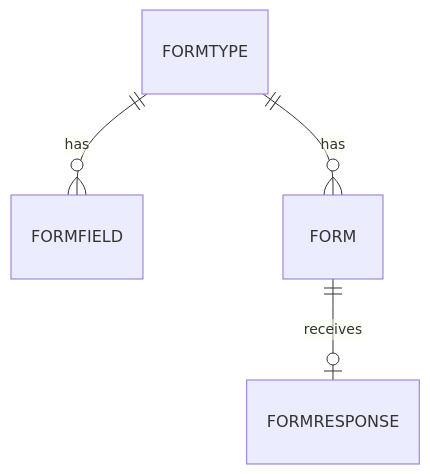
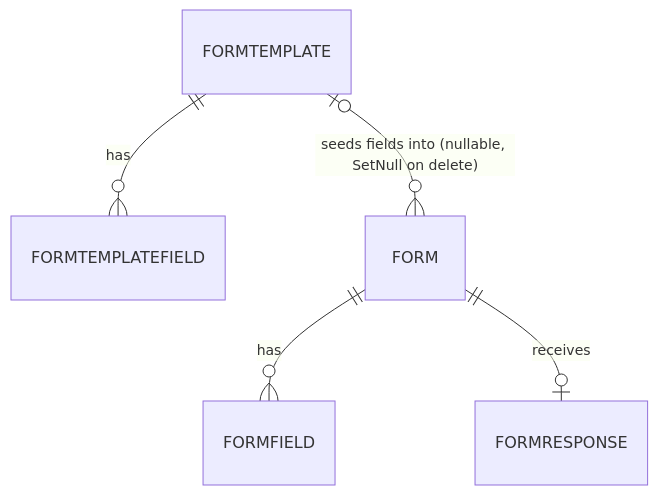
The second of 2 diagrams in docs/modelo-datos.md (gricob/tandem), drawn with Mermaid before and after one commit. The commit also changed other lines of this file and 93 other files, not shown here.

````diff
--- a/docs/modelo-datos.md
+++ b/docs/modelo-datos.md
@@ -144,6 +175,7 @@
 ```mermaid
 erDiagram
-    FORMTYPE ||--o{ FORMFIELD : has
-    FORMTYPE ||--o{ FORM : has
+    FORMTEMPLATE ||--o{ FORMTEMPLATEFIELD : has
+    FORMTEMPLATE |o--o{ FORM : "seeds fields into (nullable, SetNull on delete)"
+    FORM ||--o{ FORMFIELD : has
     FORM ||--o| FORMRESPONSE : receives
 ```
````
